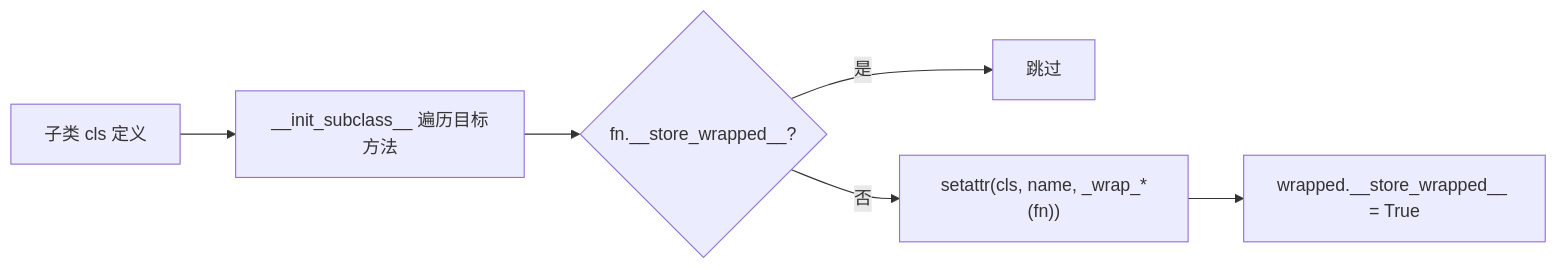
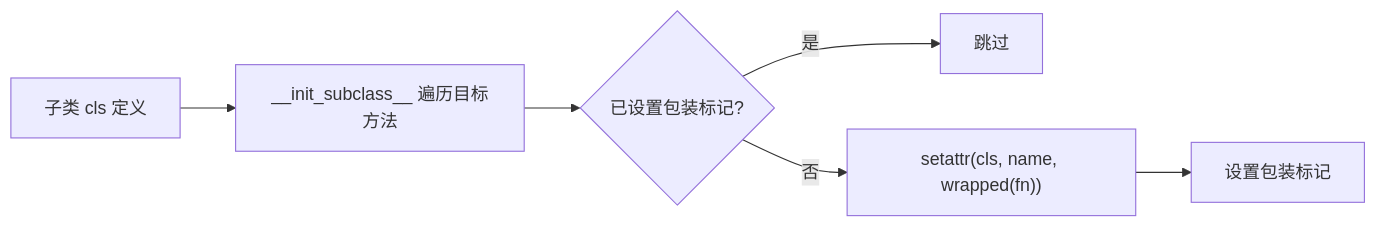
The second of 3 diagrams in knowledge/throttled-py/issues/2026-05-03-store-unavailable-error-handling/PLAN.md (ZhuoZhuoCrayon/ai-workspace), drawn with Mermaid before and after one commit. The commit also changed other lines of this file and 4 other files, not shown here.

````diff
--- a/knowledge/throttled-py/issues/2026-05-03-store-unavailable-error-handling/PLAN.md
+++ b/knowledge/throttled-py/issues/2026-05-03-store-unavailable-error-handling/PLAN.md
@@ -98,8 +97,8 @@
 ```mermaid
 flowchart LR
     A["子类 cls 定义"] --> B["__init_subclass__ 遍历目标方法"]
-    B --> C{"fn.__store_wrapped__?"}
+    B --> C{"已设置包装标记?"}
     C -->|是| D["跳过"]
-    C -->|否| E["setattr(cls, name, _wrap_*(fn))"]
-    E --> F["wrapped.__store_wrapped__ = True"]
+    C -->|否| E["setattr(cls, name, wrapped(fn))"]
+    E --> F["设置包装标记"]
 ```
````
